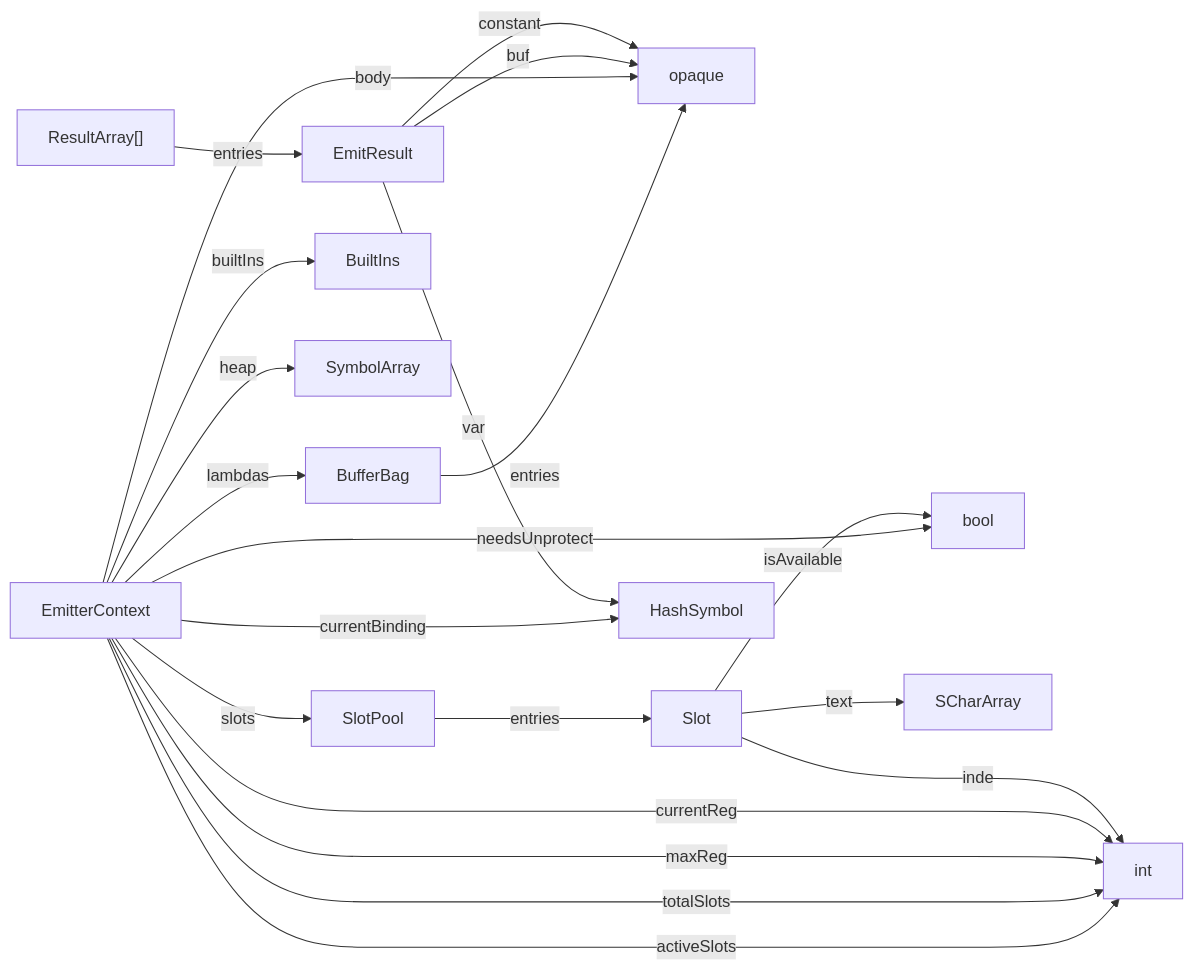
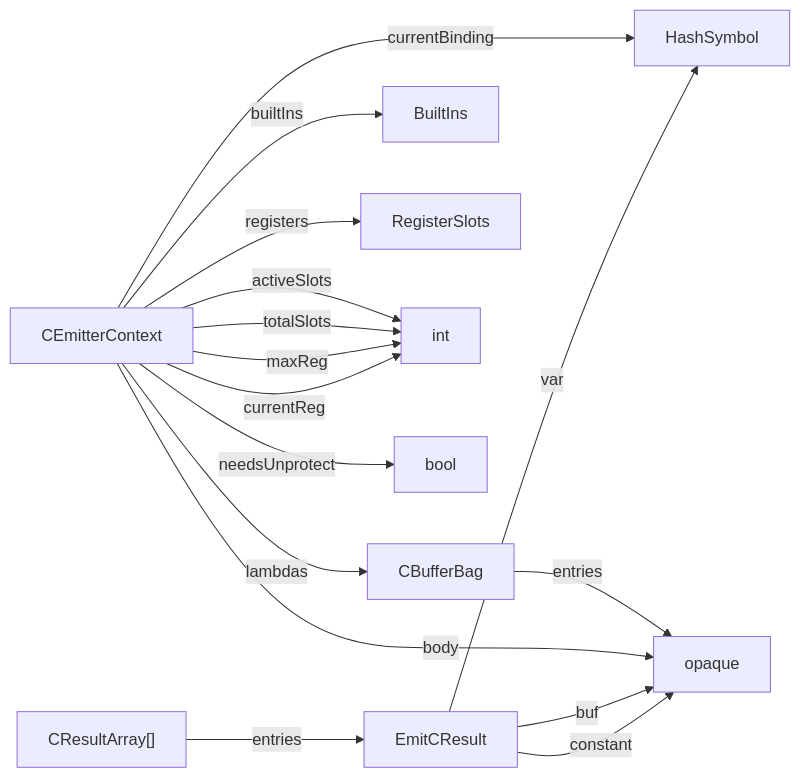
Before and after one commit to billhails/CEKF: the diagram in docs/generated/emit_c.md, drawn with Mermaid. The commit also changed other lines of this file and 17 other files, not shown here.

````diff
--- a/docs/generated/emit_c.md
+++ b/docs/generated/emit_c.md
@@ -5,23 +5,18 @@
 ```mermaid
 flowchart LR
-BufferBag --entries--> opaque
-SlotPool --entries--> Slot
-EmitterContext --currentBinding--> HashSymbol
-EmitterContext --lambdas--> BufferBag
-EmitterContext --body--> opaque
-EmitterContext --builtIns--> BuiltIns
-EmitterContext --slots--> SlotPool
-EmitterContext --heap--> SymbolArray
-EmitterContext --activeSlots--> int
-EmitterContext --totalSlots--> int
-EmitterContext --maxReg--> int
-EmitterContext --currentReg--> int
-EmitterContext --needsUnprotect--> bool
-Slot --isAvailable--> bool
-Slot --text--> SCharArray
-Slot --index--> int
-EmitResult --var--> HashSymbol
-EmitResult --buf--> opaque
-EmitResult --constant--> opaque
-ResultArray["ResultArray[]"] --entries--> EmitResult
+CBufferBag --entries--> opaque
+CEmitterContext --currentBinding--> HashSymbol
+CEmitterContext --lambdas--> CBufferBag
+CEmitterContext --body--> opaque
+CEmitterContext --builtIns--> BuiltIns
+CEmitterContext --registers--> RegisterSlots
+CEmitterContext --activeSlots--> int
+CEmitterContext --totalSlots--> int
+CEmitterContext --maxReg--> int
+CEmitterContext --currentReg--> int
+CEmitterContext --needsUnprotect--> bool
+EmitCResult --var--> HashSymbol
+EmitCResult --buf--> opaque
+EmitCResult --constant--> opaque
+CResultArray["CResultArray[]"] --entries--> EmitCResult
 ```
````
